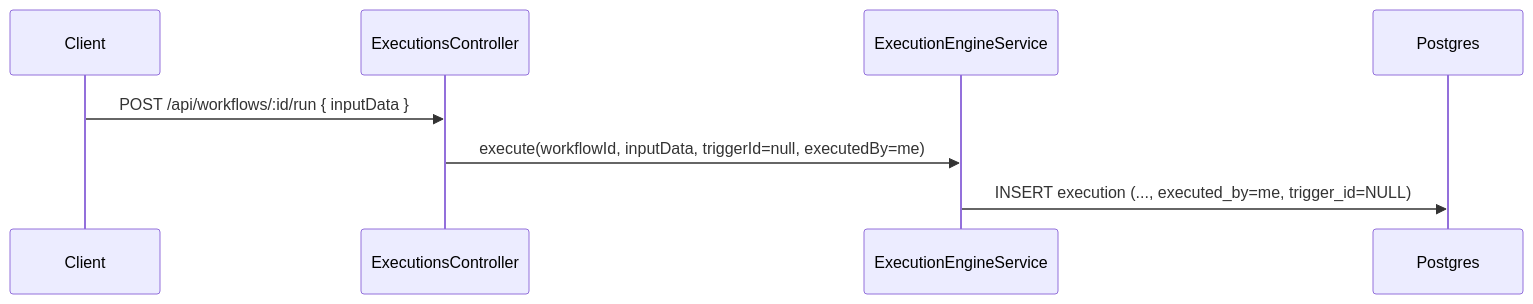
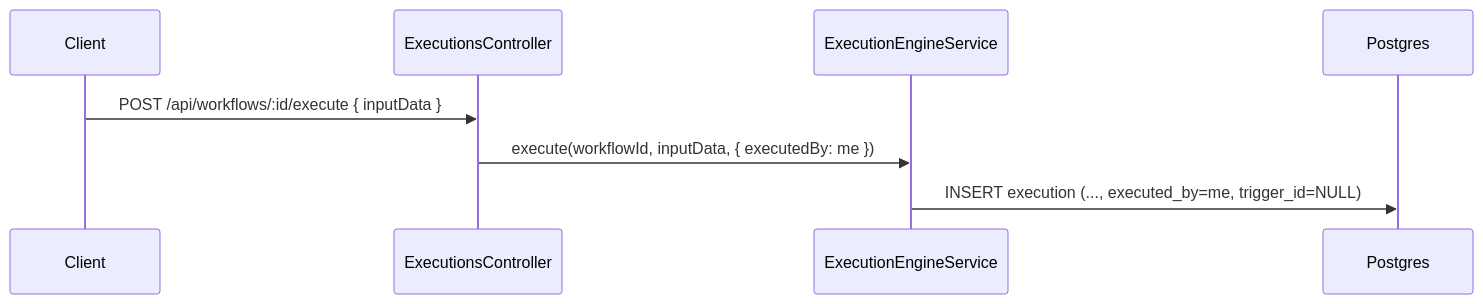
One commit to worker-ants/clemvion changed the first of 3 diagrams in spec/data-flow/10-triggers.md. Above: the diagram before and after it, drawn with Mermaid. The commit also changed other lines of this file and 186 other files, not shown here.

````diff
--- a/spec/data-flow/10-triggers.md
+++ b/spec/data-flow/10-triggers.md
@@ -33,10 +33,10 @@
 ```mermaid
 sequenceDiagram
   participant C as Client
   participant Ctl as ExecutionsController
   participant Eng as ExecutionEngineService
   participant PG as Postgres
-  C->>Ctl: POST /api/workflows/:id/run { inputData }
-  Ctl->>Eng: execute(workflowId, inputData, triggerId=null, executedBy=me)
+  C->>Ctl: POST /api/workflows/:id/execute { inputData }
+  Ctl->>Eng: execute(workflowId, inputData, { executedBy: me })
   Eng->>PG: INSERT execution (..., executed_by=me, trigger_id=NULL)
 ```
````
